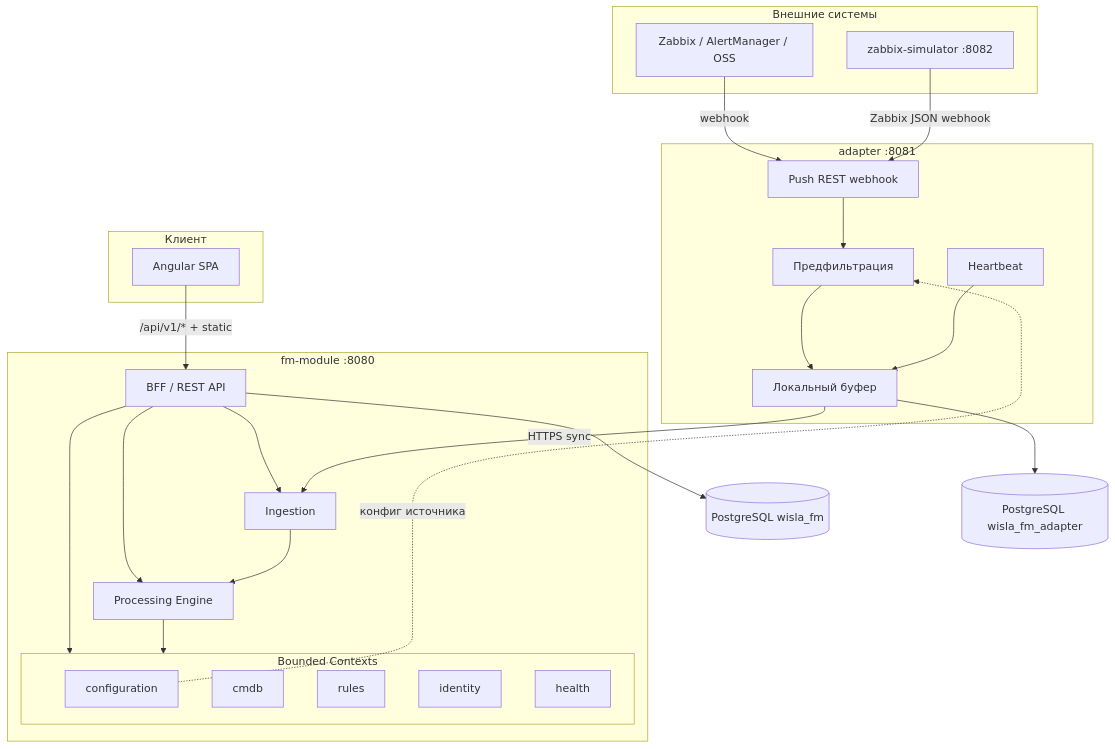
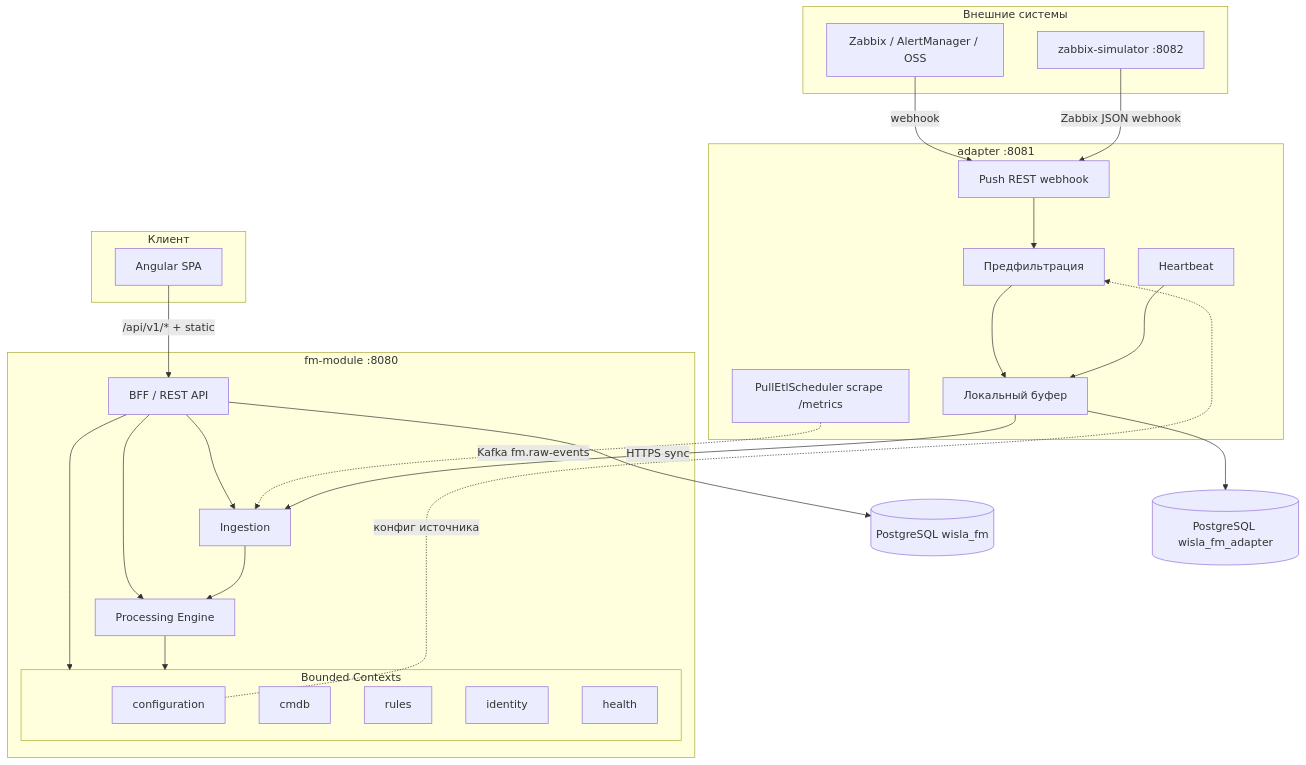
Before and after one commit to Hoochee/wisla-fault-management: the first of 3 diagrams in docs/architecture.md, drawn with Mermaid. The commit also changed other lines of this file and 221 other files, not shown here.

````diff
--- a/docs/architecture.md
+++ b/docs/architecture.md
@@ -52,49 +52,51 @@
 ```mermaid
 flowchart TB
     subgraph external [Внешние системы]
         SRC[Zabbix / AlertManager / OSS]
         ZSIM[zabbix-simulator :8082]
     end
 
     subgraph client [Клиент]
         UI[Angular SPA]
     end
 
     subgraph fm_deploy [fm-module :8080]
         BFF[BFF / REST API]
         ING[Ingestion]
         PROC[Processing Engine]
         subgraph contexts [Bounded Contexts]
             CFG[configuration]
             CMD[cmdb]
             RUL[rules]
             IDN[identity]
             HLT[health]
         end
         BFF --> ING
         BFF --> PROC
         BFF --> contexts
         ING --> PROC
         PROC --> contexts
     end
 
     subgraph ad_deploy [adapter :8081]
         PUSH[Push REST webhook]
+        PULL[PullEtlScheduler scrape /metrics]
         FILT[Предфильтрация]
         BUF[Локальный буфер]
         HB[Heartbeat]
         PUSH --> FILT --> BUF
         HB --> BUF
     end
 
   PG_FM[(PostgreSQL wisla_fm)]
     PG_AD[(PostgreSQL wisla_fm_adapter)]
 
     SRC -->|webhook| PUSH
     ZSIM -->|Zabbix JSON webhook| PUSH
+    PULL -.->|Kafka fm.raw-events| ING
     BUF -->|HTTPS sync| ING
     UI -->|/api/v1/* + static| BFF
     BFF --> PG_FM
     BUF --> PG_AD
     CFG -.->|конфиг источника| FILT
 ```
````
